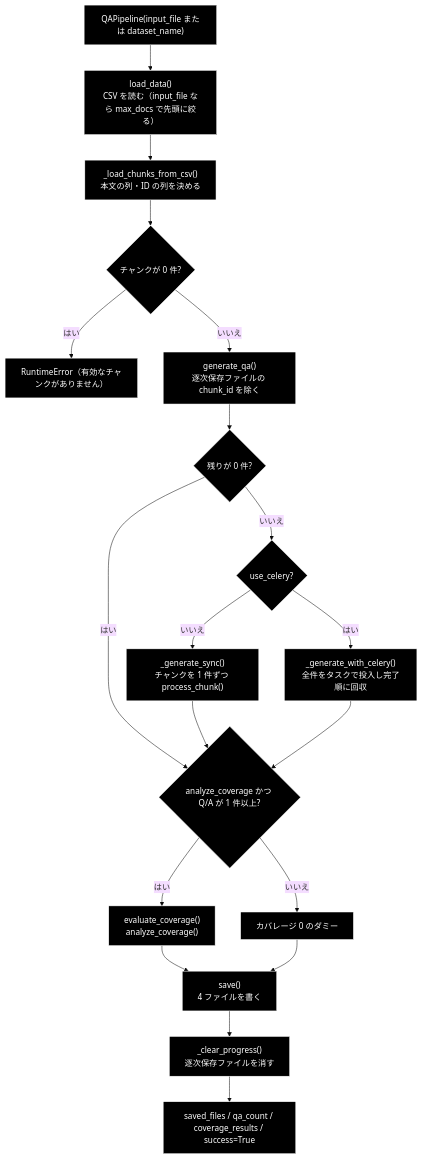
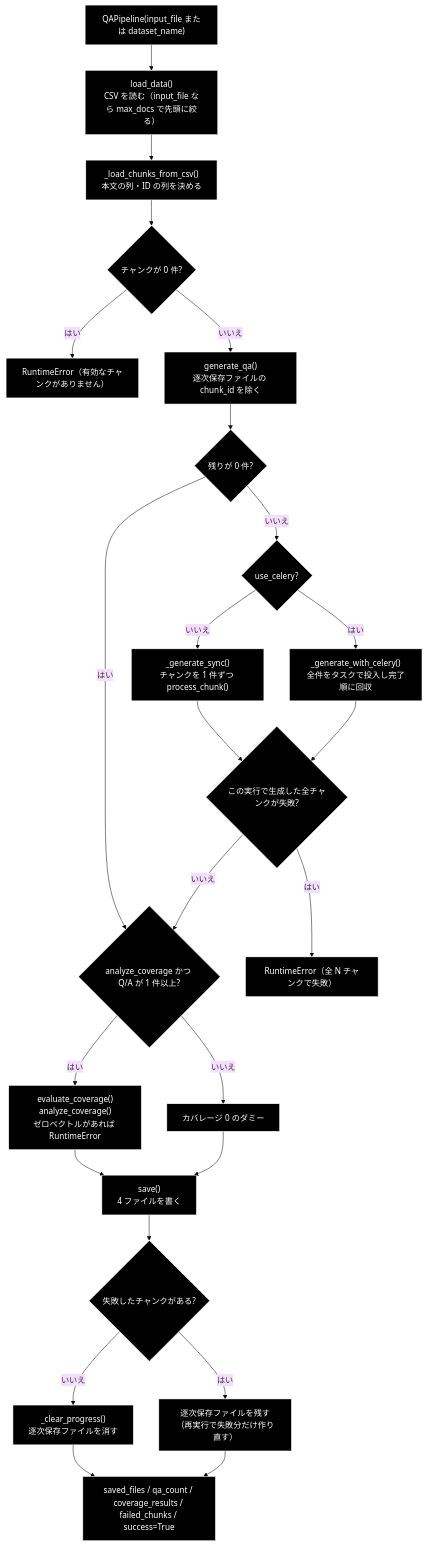
Before and after one commit to nakashima2toshio/grace_v2_local: the second of 3 diagrams in qa_generation/docs/qa_generation_process_flow.md, drawn with Mermaid (base theme). The commit also changed other lines of this file and 17 other files, not shown here.

````diff
--- a/qa_generation/docs/qa_generation_process_flow.md
+++ b/qa_generation/docs/qa_generation_process_flow.md
@@ -90,24 +90,29 @@
 ```mermaid
 flowchart TD
     START["QAPipeline(input_file または dataset_name)"] --> LOAD["load_data()<br>CSV を読む（input_file なら max_docs で先頭に絞る）"]
     LOAD --> CONVERT["_load_chunks_from_csv()<br>本文の列・ID の列を決める"]
     CONVERT --> EMPTY{"チャンクが 0 件?"}
     EMPTY -->|"はい"| ERR1["RuntimeError（有効なチャンクがありません）"]
     EMPTY -->|"いいえ"| RESUME["generate_qa()<br>逐次保存ファイルの chunk_id を除く"]
     RESUME --> LEFT{"残りが 0 件?"}
     LEFT -->|"はい"| COVQ
     LEFT -->|"いいえ"| MODE{"use_celery?"}
     MODE -->|"いいえ"| SYNC["_generate_sync()<br>チャンクを 1 件ずつ process_chunk()"]
     MODE -->|"はい"| CEL["_generate_with_celery()<br>全件をタスクで投入し完了順に回収"]
-    SYNC --> COVQ{"analyze_coverage かつ Q/A が 1 件以上?"}
-    CEL --> COVQ
-    COVQ -->|"はい"| COV["evaluate_coverage()<br>analyze_coverage()"]
+    SYNC --> ALLF{"この実行で生成した全チャンクが失敗?"}
+    CEL --> ALLF
+    ALLF -->|"はい"| ERR2["RuntimeError（全 N チャンクで失敗）"]
+    ALLF -->|"いいえ"| COVQ{"analyze_coverage かつ Q/A が 1 件以上?"}
+    COVQ -->|"はい"| COV["evaluate_coverage()<br>analyze_coverage()<br>ゼロベクトルがあれば RuntimeError"]
     COVQ -->|"いいえ"| DUMMY["カバレージ 0 のダミー"]
     COV --> SAVE["save()<br>4 ファイルを書く"]
     DUMMY --> SAVE
-    SAVE --> CLEAR["_clear_progress()<br>逐次保存ファイルを消す"]
-    CLEAR --> RET["saved_files / qa_count / coverage_results / success=True"]
+    SAVE --> FAILQ{"失敗したチャンクがある?"}
+    FAILQ -->|"いいえ"| CLEAR["_clear_progress()<br>逐次保存ファイルを消す"]
+    FAILQ -->|"はい"| KEEP["逐次保存ファイルを残す<br>（再実行で失敗分だけ作り直す）"]
+    CLEAR --> RET["saved_files / qa_count / coverage_results / failed_chunks / success=True"]
+    KEEP --> RET
 classDef default fill:#000,stroke:#fff,color:#fff
 classDef subgraphStyle fill:#1a1a1a,stroke:#fff,color:#fff
-class START,LOAD,CONVERT,EMPTY,ERR1,RESUME,LEFT,MODE,SYNC,CEL,COVQ,COV,DUMMY,SAVE,CLEAR,RET default
+class START,LOAD,CONVERT,EMPTY,ERR1,RESUME,LEFT,MODE,SYNC,CEL,COVQ,COV,DUMMY,SAVE,CLEAR,RET,ALLF,ERR2,FAILQ,KEEP default
 ```
````
